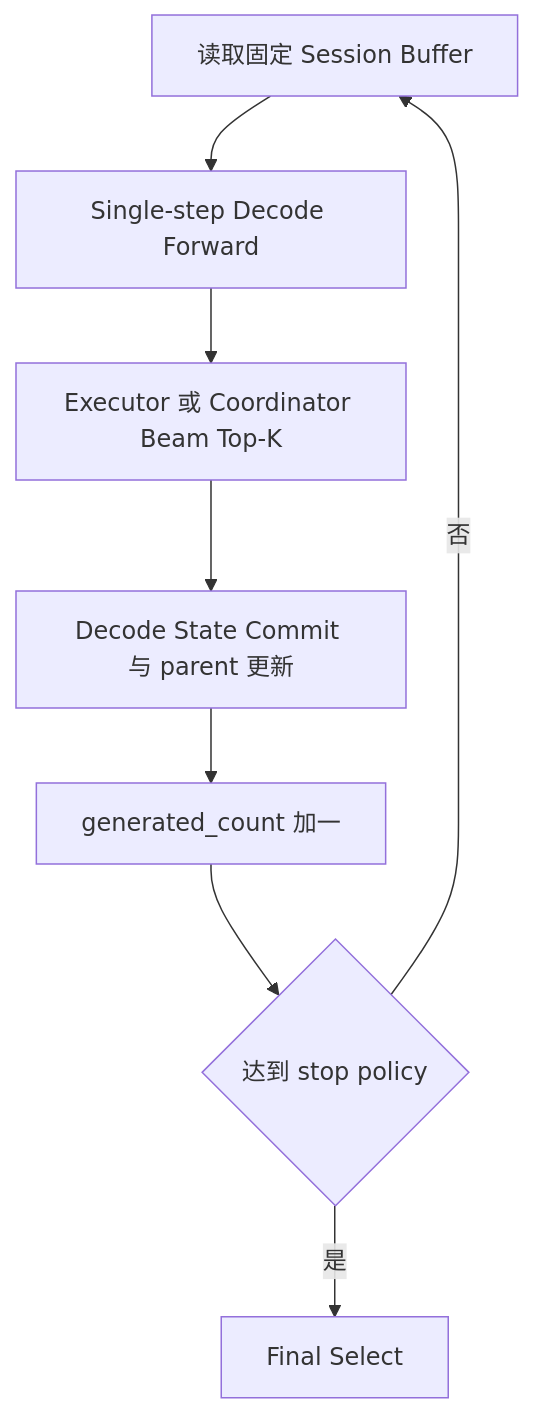
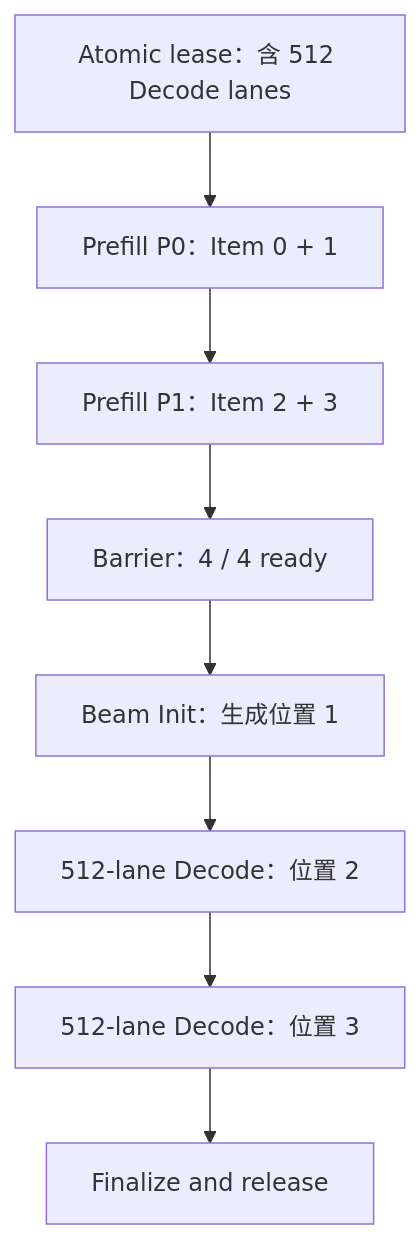
One commit to zhanghanleo10/gr-related changed diagram 13 of 13 in GR/nearline_batch_scheduler_and_input_protocol_design.md. Above: the diagram before and after it, drawn with Mermaid. The commit also changed other lines of this file, not shown here.

````diff
--- a/GR/nearline_batch_scheduler_and_input_protocol_design.md
+++ b/GR/nearline_batch_scheduler_and_input_protocol_design.md
@@ -1040,10 +633,10 @@
 ```mermaid
 flowchart TD
-    S["读取固定 Session Buffer"] --> F["Single-step Decode Forward"]
-    F --> K["Executor 或 Coordinator Beam Top-K"]
-    K --> C["Decode State Commit 与 parent 更新"]
-    C --> U["generated_count 加一"]
-    U --> Q{"达到 stop policy"}
-    Q -->|否| S
-    Q -->|是| O["Final Select"]
+    A["Atomic lease：含 512 Decode lanes"] --> P0["Prefill P0：Item 0 + 1"]
+    P0 --> P1["Prefill P1：Item 2 + 3"]
+    P1 --> B["Barrier：4 / 4 ready"]
+    B --> I["Beam Init：生成位置 1"]
+    I --> D1["512-lane Decode：位置 2"]
+    D1 --> D2["512-lane Decode：位置 3"]
+    D2 --> F["Finalize and release"]
 ```
````
